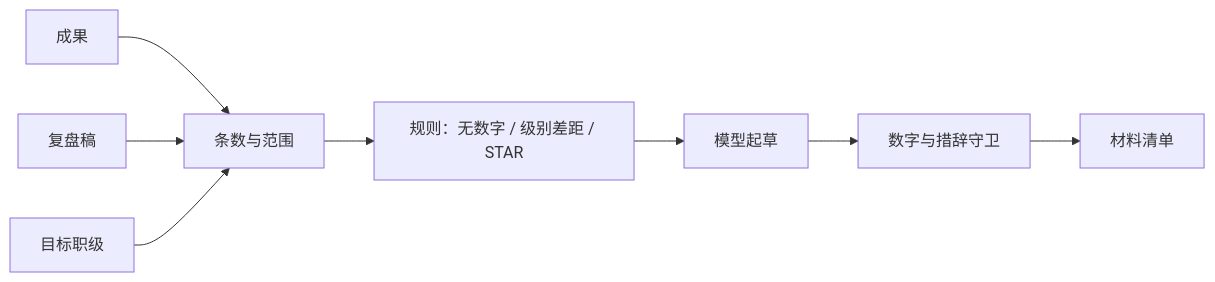
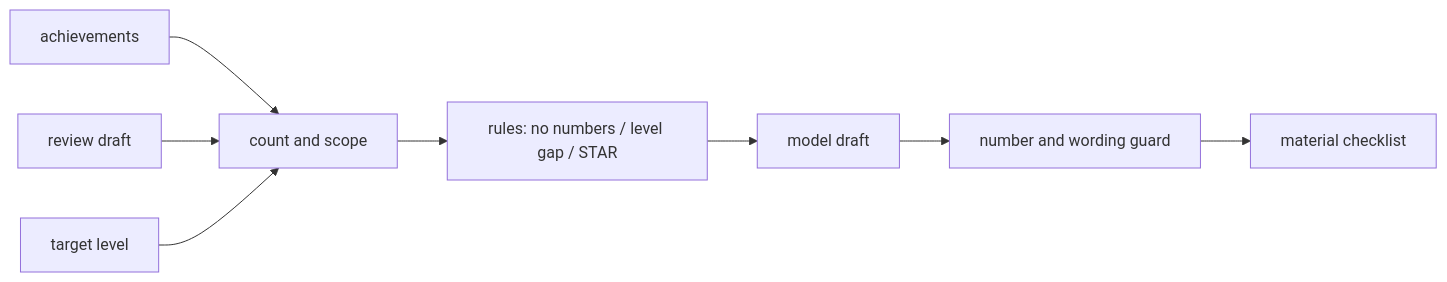
One commit to wushiyi105-jpg/raise changed the diagram in README.en.md. Above: the diagram before and after it, drawn with Mermaid. The commit also changed other lines of this file and 4 other files, not shown here.

````diff
--- a/README.en.md
+++ b/README.en.md
@@ -64,10 +67,10 @@
 ```mermaid
 graph LR
-  A[成果] --> M[量化识别]
-  B[复盘稿] --> M[STAR 完整度]
-  C[目标职级] --> M[条数与范围]
-  M --> R[规则：无数字 / 级别差距 / STAR]
-  R --> P[模型起草]
-  P --> G[数字与措辞守卫]
-  G --> O[材料清单]
+  A[achievements] --> M[quantify]
+  B[review draft] --> M[STAR completeness]
+  C[target level] --> M[count and scope]
+  M --> R[rules: no numbers / level gap / STAR]
+  R --> P[model draft]
+  P --> G[number and wording guard]
+  G --> O[material checklist]
 ```
````
